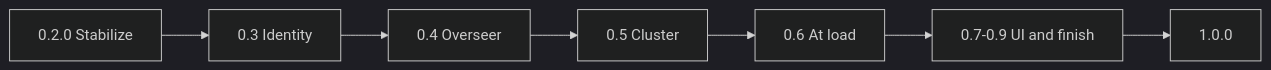
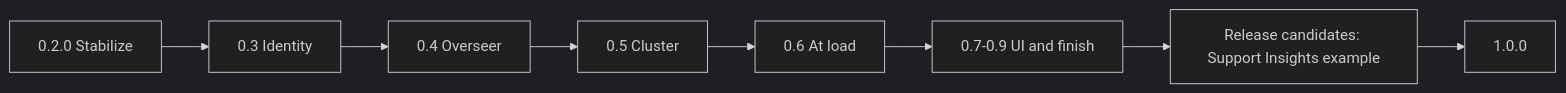
The second of 2 diagrams in docs/development/road-to-1.0.0.md (venkatcg00/etl-craft), drawn with Mermaid (dark theme) before and after one commit. The commit also changed other lines of this file and 1 other file, not shown here.

First line of the commit message:
docs(development): gate 1.0.0 on the Support Insights example (#76)

````diff
--- a/docs/development/road-to-1.0.0.md
+++ b/docs/development/road-to-1.0.0.md
@@ -137,4 +137,4 @@
 ```mermaid
 flowchart LR
-    R2[0.2.0 Stabilize] --> R3[0.3 Identity] --> R4[0.4 Overseer] --> R5[0.5 Cluster] --> R6[0.6 At load] --> R7[0.7-0.9 UI and finish] --> R1[1.0.0]
+    R2[0.2.0 Stabilize] --> R3[0.3 Identity] --> R4[0.4 Overseer] --> R5[0.5 Cluster] --> R6[0.6 At load] --> R7[0.7-0.9 UI and finish] --> RC[Release candidates: Support Insights example] --> R1[1.0.0]
 ```
````
